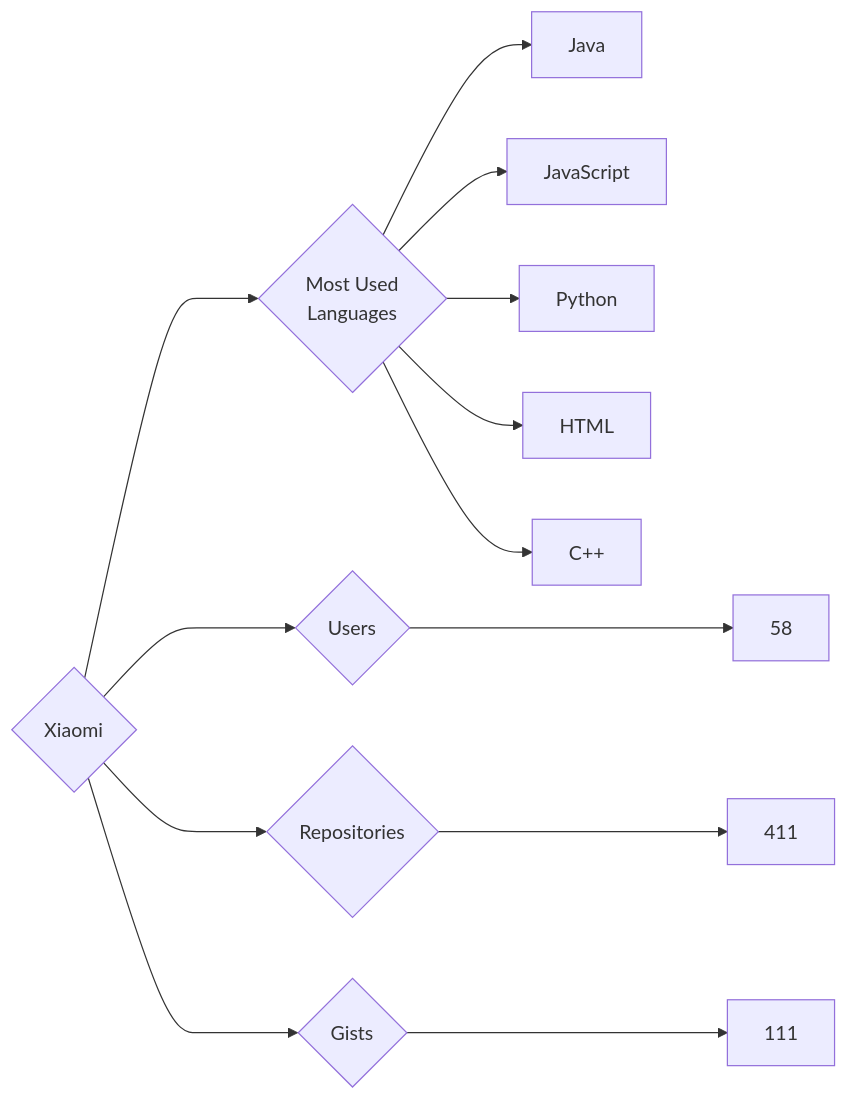
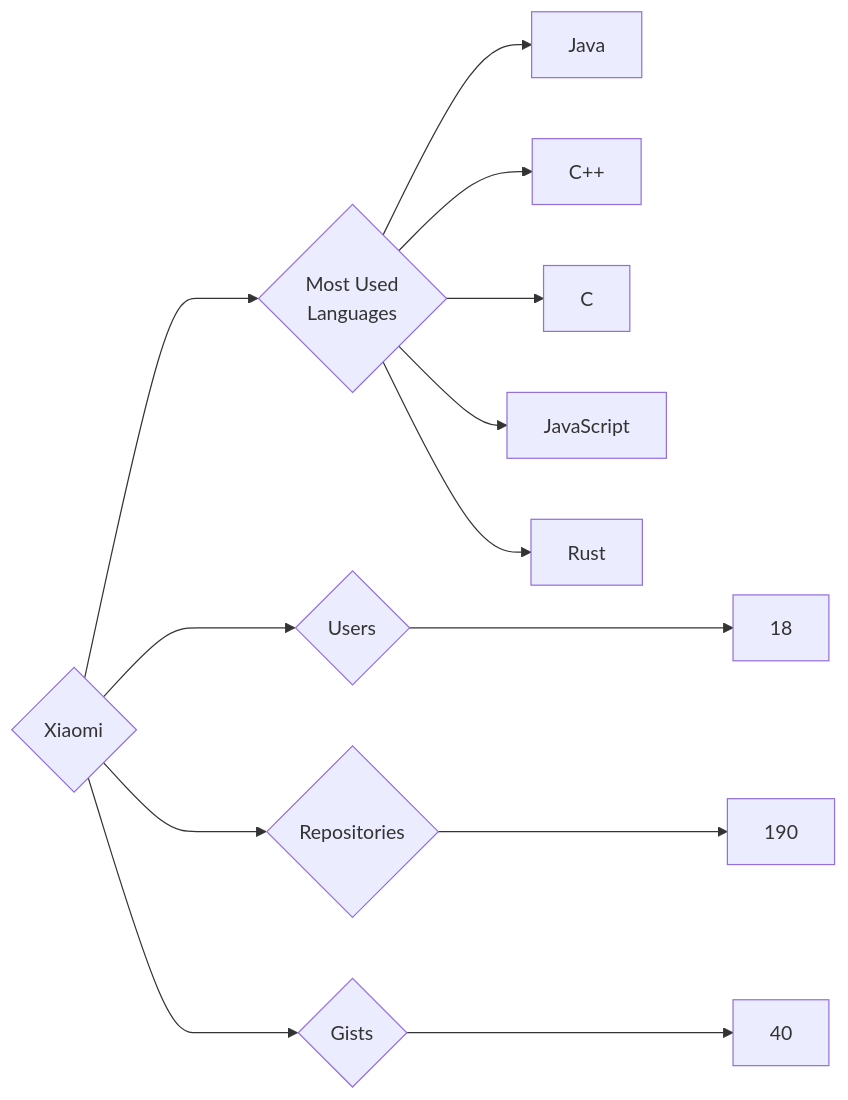
Before and after one commit to trickest/insiders: the diagram in targets/Xiaomi/README.md, drawn with Mermaid. The commit also changed 444 other files, not shown here.

````diff
--- a/targets/Xiaomi/README.md
+++ b/targets/Xiaomi/README.md
@@ -3,13 +3,13 @@
 ```mermaid
 graph LR
 COMPANY_NAME{Xiaomi}
-COMPANY_NAME ---> U{Users} ---> UN[58]
-COMPANY_NAME ---> R{Repositories} ---> RN[411]
-COMPANY_NAME ---> G{Gists} ---> GN[111]
+COMPANY_NAME ---> U{Users} ---> UN[18]
+COMPANY_NAME ---> R{Repositories} ---> RN[190]
+COMPANY_NAME ---> G{Gists} ---> GN[40]
 COMPANY_NAME ---> ML{Most Used<br>Languages}
 ML --> Java[Java]
+ML --> C++[C++]
+ML --> C[C]
 ML --> JavaScript[JavaScript]
-ML --> Python[Python]
-ML --> HTML[HTML]
-ML --> C++[C++]
+ML --> Rust[Rust]
 ```
````
